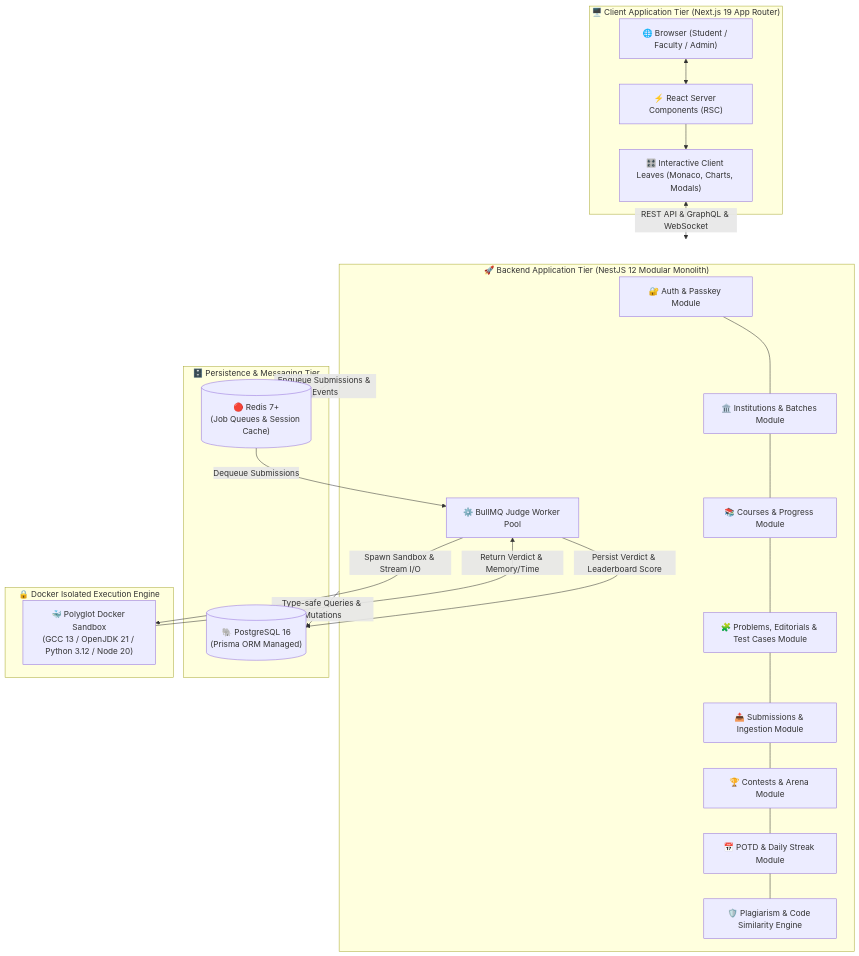
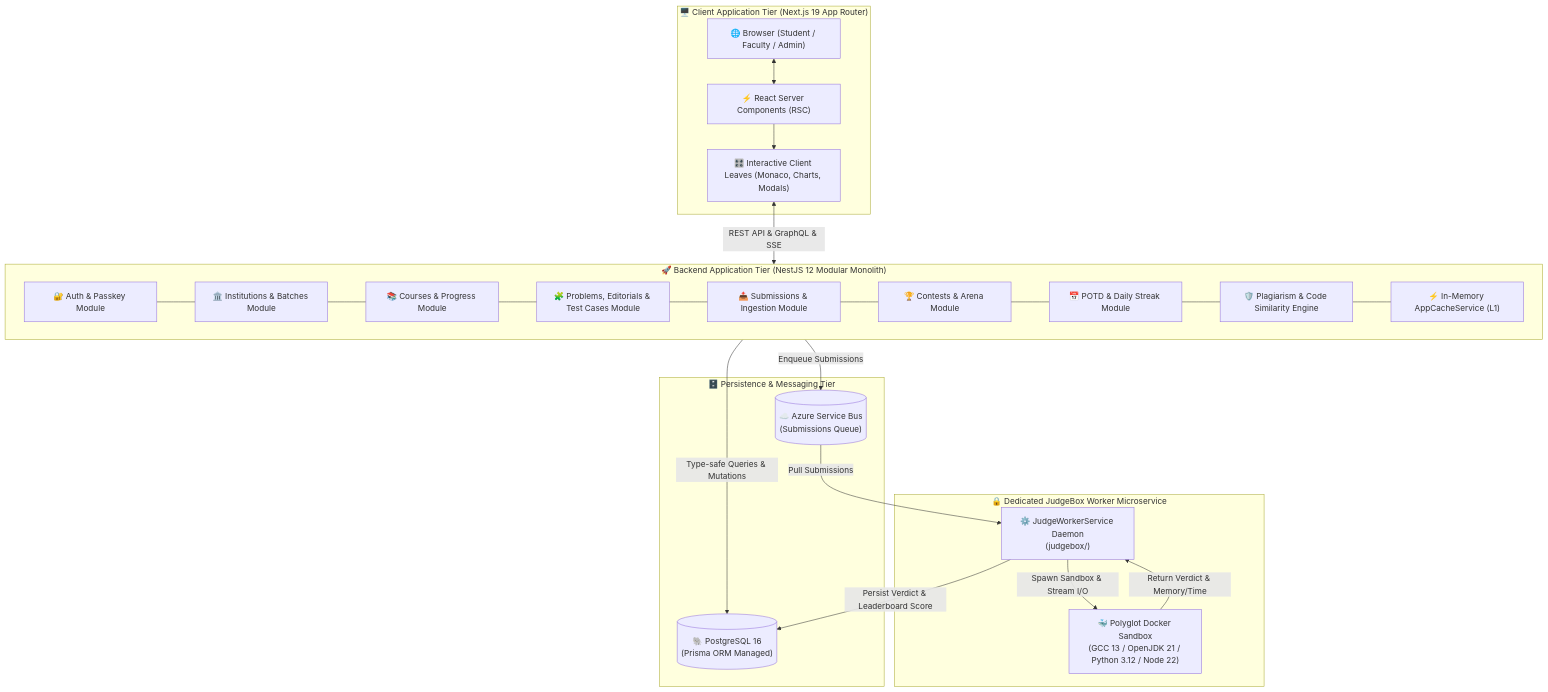
Before and after one commit to saahil0708/techlearns-portal: the second of 7 diagrams in docs/ARCHITECTURE.md, drawn with Mermaid. The commit also changed other lines of this file and 85 other files, not shown here.

Commit message:
feat(core): enhance full-stack platform stability, Azure Service Bus judge queue, and standalone judgebox package

````diff
--- a/docs/ARCHITECTURE.md
+++ b/docs/ARCHITECTURE.md
@@ -42,41 +42,42 @@
 ```mermaid
 flowchart TB
     subgraph CLIENT_TIER ["🖥️ Client Application Tier (Next.js 19 App Router)"]
         Browser["🌐 Browser (Student / Faculty / Admin)"]
         SSR["⚡ React Server Components (RSC)"]
         ClientLeaves["🎛️ Interactive Client Leaves (Monaco, Charts, Modals)"]
         Browser <--> SSR
         SSR --> ClientLeaves
     end
 
     subgraph GATEWAY_API ["🚀 Backend Application Tier (NestJS 12 Modular Monolith)"]
         AuthM["🔐 Auth & Passkey Module"]
         InstM["🏛️ Institutions & Batches Module"]
         CourseM["📚 Courses & Progress Module"]
         ProbM["🧩 Problems, Editorials & Test Cases Module"]
         SubmM["📤 Submissions & Ingestion Module"]
         ContM["🏆 Contests & Arena Module"]
         PotdM["📅 POTD & Daily Streak Module"]
         PlagM["🛡️ Plagiarism & Code Similarity Engine"]
-        JudgeWorker["⚙️ BullMQ Judge Worker Pool"]
+        CacheM["⚡ In-Memory AppCacheService (L1)"]
         
-        AuthM --- InstM --- CourseM --- ProbM --- SubmM --- ContM --- PotdM --- PlagM
+        AuthM --- InstM --- CourseM --- ProbM --- SubmM --- ContM --- PotdM --- PlagM --- CacheM
     end
 
     subgraph DATA_TIER ["🗄️ Persistence & Messaging Tier"]
         Postgres[("🐘 PostgreSQL 16\n(Prisma ORM Managed)")]
-        RedisStore[("🔴 Redis 7+\n(Job Queues & Session Cache)")]
+        ServiceBus[("☁️ Azure Service Bus\n(Submissions Queue)")]
     end
 
-    subgraph JUDGE_SANDBOX ["🔒 Docker Isolated Execution Engine"]
-        SandboxContainer["🐳 Polyglot Docker Sandbox\n(GCC 13 / OpenJDK 21 / Python 3.12 / Node 20)"]
+    subgraph JUDGE_SANDBOX ["🔒 Dedicated JudgeBox Worker Microservice"]
+        JudgeWorker["⚙️ JudgeWorkerService Daemon\n(judgebox/)"]
+        SandboxContainer["🐳 Polyglot Docker Sandbox\n(GCC 13 / OpenJDK 21 / Python 3.12 / Node 22)"]
+        JudgeWorker -->|Spawn Sandbox & Stream I/O| SandboxContainer
     end
 
-    ClientLeaves <-->|REST API & GraphQL & WebSocket| GATEWAY_API
+    ClientLeaves <-->|REST API & GraphQL & SSE| GATEWAY_API
     GATEWAY_API -->|Type-safe Queries & Mutations| Postgres
-    GATEWAY_API -->|Enqueue Submissions & Events| RedisStore
-    RedisStore -->|Dequeue Submissions| JudgeWorker
-    JudgeWorker -->|Spawn Sandbox & Stream I/O| SandboxContainer
+    GATEWAY_API -->|Enqueue Submissions| ServiceBus
+    ServiceBus -->|Pull Submissions| JudgeWorker
     SandboxContainer -->|Return Verdict & Memory/Time| JudgeWorker
     JudgeWorker -->|Persist Verdict & Leaderboard Score| Postgres
 ```
````
